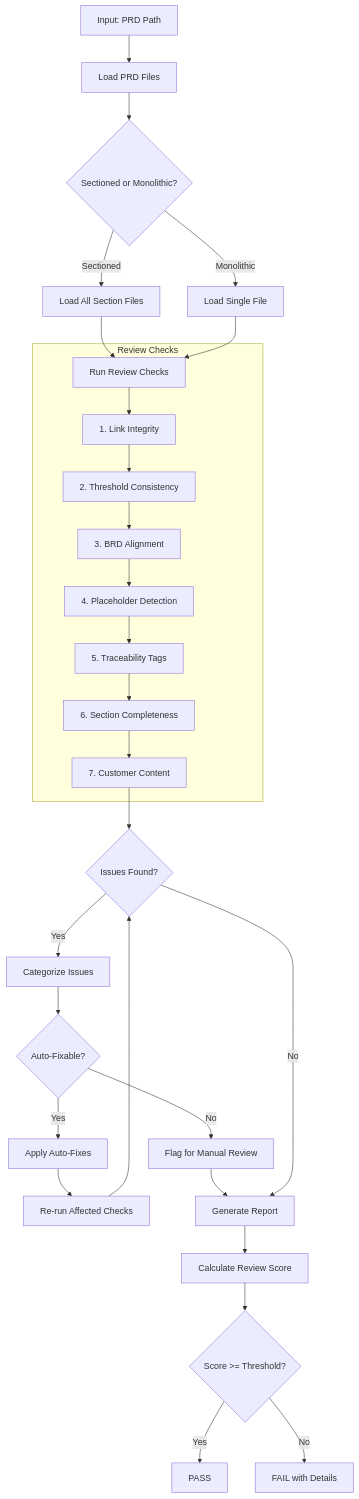
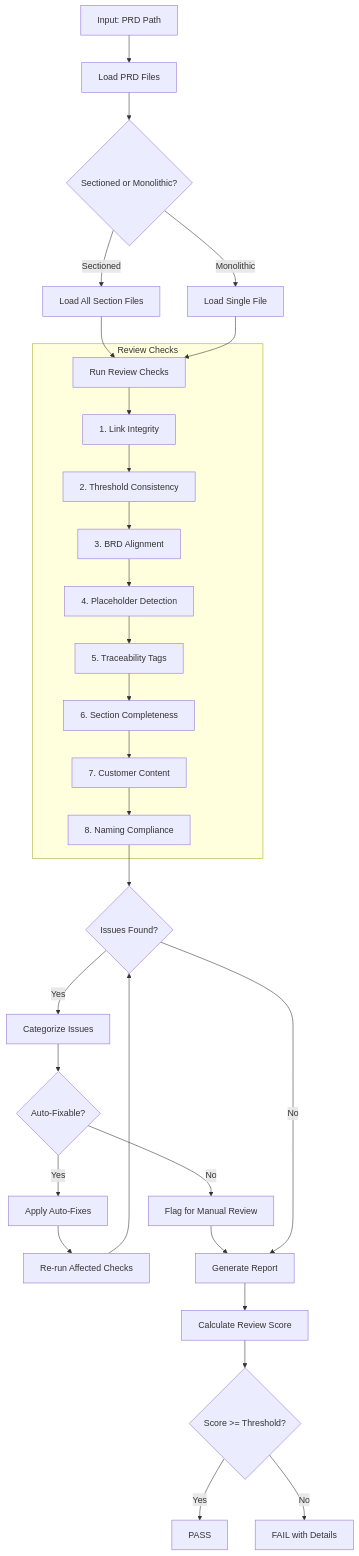
Before and after one commit to vladm3105/ai-cloud-monitoring: the first of 2 diagrams in .claude/skills/doc-prd-reviewer/SKILL.md, drawn with Mermaid. The commit also changed other lines of this file and 4 other files, not shown here.

Commit message:
feat: Add Naming Compliance check to PRD review process

````diff
--- a/.claude/skills/doc-prd-reviewer/SKILL.md
+++ b/.claude/skills/doc-prd-reviewer/SKILL.md
@@ -68,35 +68,36 @@
 ```mermaid
 flowchart TD
     A[Input: PRD Path] --> B[Load PRD Files]
     B --> C{Sectioned or Monolithic?}
 
     C -->|Sectioned| D[Load All Section Files]
     C -->|Monolithic| E[Load Single File]
 
     D --> F[Run Review Checks]
     E --> F
 
     subgraph Review["Review Checks"]
         F --> G[1. Link Integrity]
         G --> H[2. Threshold Consistency]
         H --> I[3. BRD Alignment]
         I --> J[4. Placeholder Detection]
         J --> K[5. Traceability Tags]
         K --> L[6. Section Completeness]
         L --> M[7. Customer Content]
+        M --> M2[8. Naming Compliance]
     end
 
-    M --> N{Issues Found?}
+    M2 --> N{Issues Found?}
     N -->|Yes| O[Categorize Issues]
     O --> P{Auto-Fixable?}
     P -->|Yes| Q[Apply Auto-Fixes]
     Q --> R[Re-run Affected Checks]
     P -->|No| S[Flag for Manual Review]
     R --> N
     S --> T[Generate Report]
     N -->|No| T
     T --> U[Calculate Review Score]
     U --> V{Score >= Threshold?}
     V -->|Yes| W[PASS]
     V -->|No| X[FAIL with Details]
 ```
````
